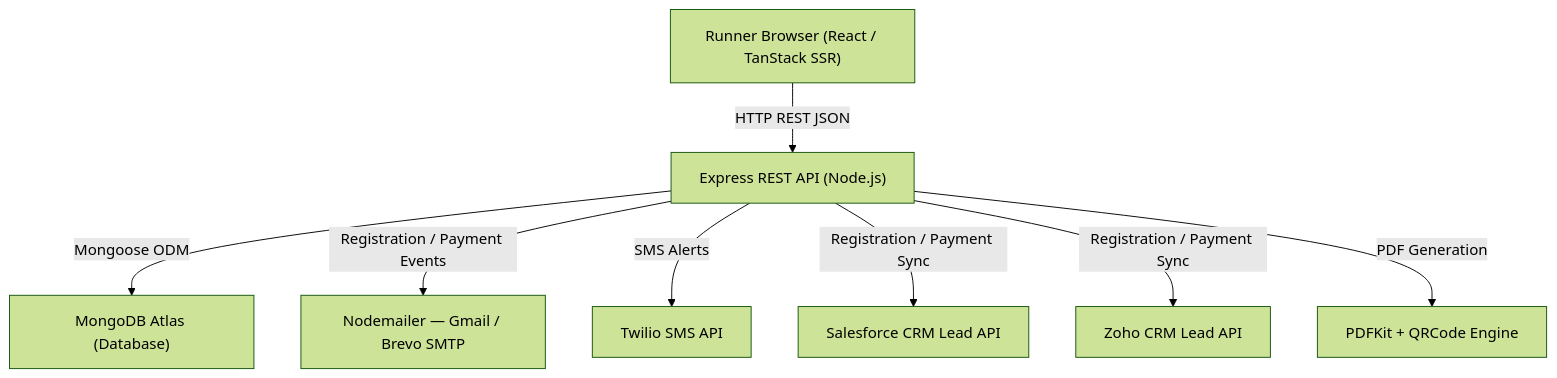
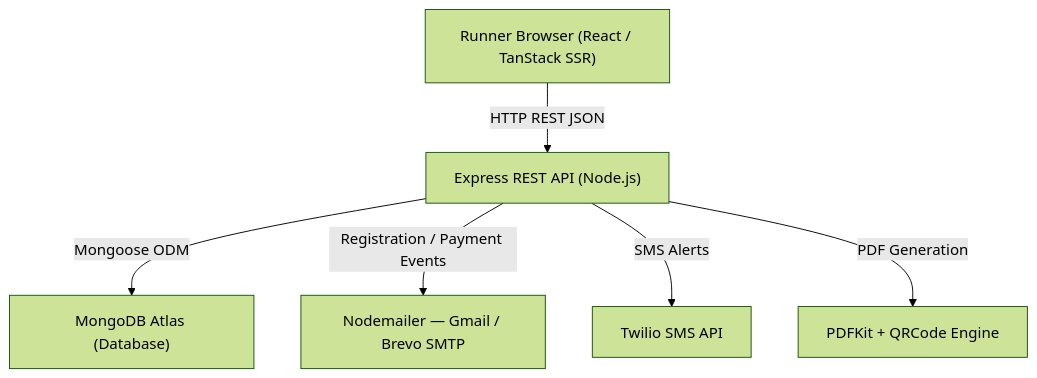
Before and after one commit to Gokulraj-N80/Marathon-website: the first of 3 diagrams in Case_Study.md, drawn with Mermaid (forest theme). The commit also changed other lines of this file, not shown here.

Commit message:
docs: remove Salesforce CRM references from case study

````diff
--- a/Case_Study.md
+++ b/Case_Study.md
@@ -26,10 +26,8 @@
 ```mermaid
 flowchart TD
     A["Runner Browser (React / TanStack SSR)"] -->|HTTP REST JSON| B["Express REST API (Node.js)"]
     B -->|Mongoose ODM| C["MongoDB Atlas (Database)"]
     B -->|Registration / Payment Events| D["Nodemailer — Gmail / Brevo SMTP"]
     B -->|SMS Alerts| E["Twilio SMS API"]
-    B -->|Registration / Payment Sync| F["Salesforce CRM Lead API"]
-    B -->|Registration / Payment Sync| G["Zoho CRM Lead API"]
-    B -->|PDF Generation| H["PDFKit + QRCode Engine"]
+    B -->|PDF Generation| F["PDFKit + QRCode Engine"]
 ```
````
